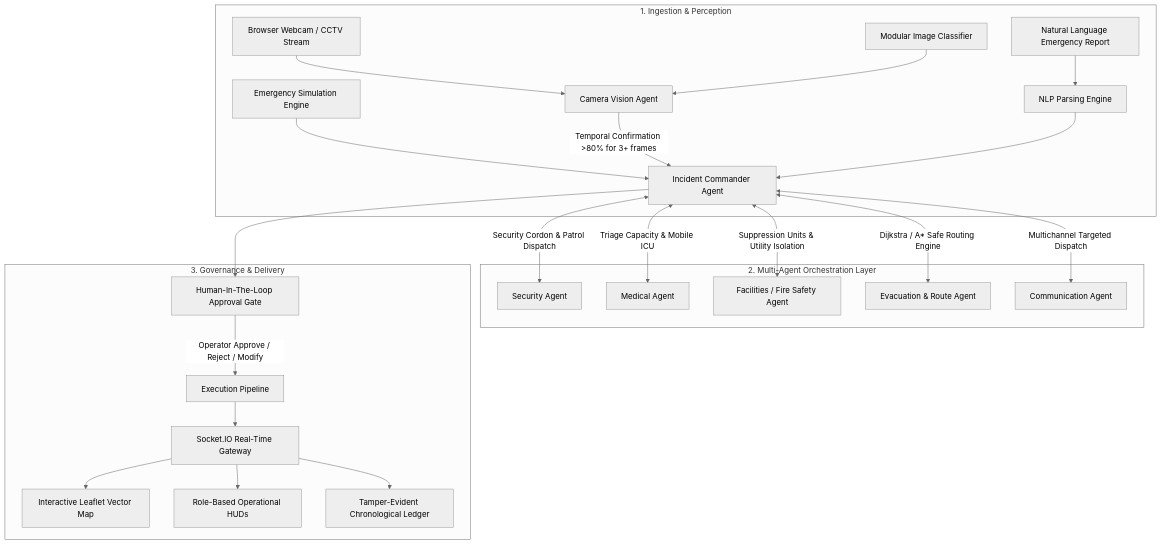
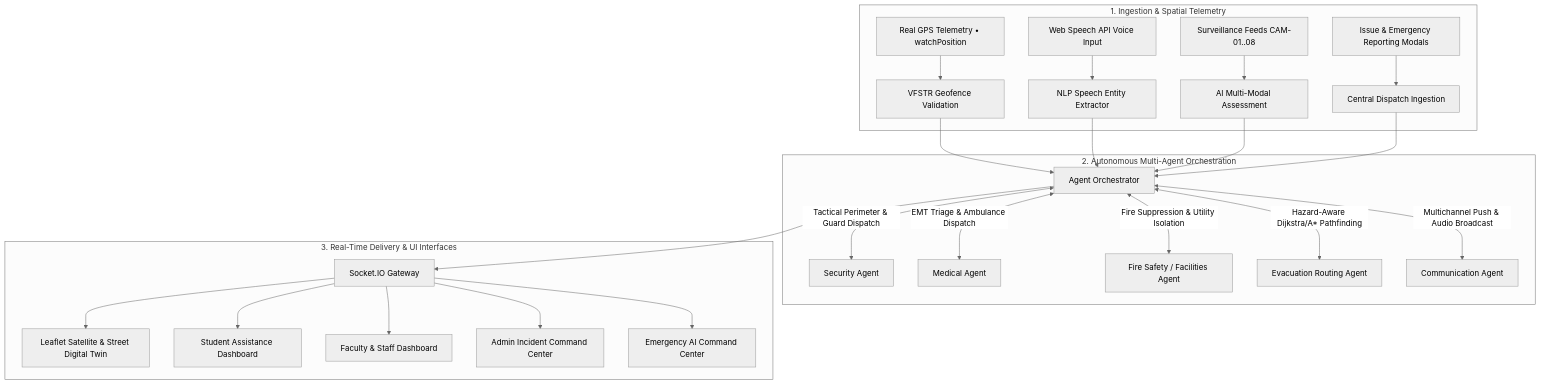
The diagram in README.md (Nikhitha118/Agent_Nexus), drawn with Mermaid (neutral theme) before and after one commit. The commit also changed other lines of this file, not shown here.

Commit message:
docs: update README with comprehensive documentation for VFSTR Vignan University GPS, geofence, and multi-agent system

````diff
--- a/README.md
+++ b/README.md
@@ -19,29 +51,31 @@
 ```mermaid
 graph TD
-    subgraph 1. Ingestion & Perception
-        WC[Browser Webcam / CCTV Stream] --> VA[Camera Vision Agent]
-        NLP[Natural Language Emergency Report] --> NLP_ENG[NLP Parsing Engine]
-        SIM[Emergency Simulation Engine] --> IC[Incident Commander Agent]
-        IMG[Modular Image Classifier] --> VA
+    subgraph 1. Ingestion & Spatial Telemetry
+        GPS[Real GPS Telemetry • watchPosition] --> GEO[VFSTR Geofence Validation]
+        MIC[Web Speech API Voice Input] --> NLP[NLP Speech Entity Extractor]
+        CAM[Surveillance Feeds CAM-01..08] --> AI_ENG[AI Multi-Modal Assessment]
+        FORM[Issue & Emergency Reporting Modals] --> DISPATCH[Central Dispatch Ingestion]
     end
 
-    subgraph 2. Multi-Agent Orchestration Layer
-        VA --> |Temporal Confirmation >80% for 3+ frames| IC
-        NLP_ENG --> IC
-        
-        IC <--> |Security Cordon & Patrol Dispatch| SA[Security Agent]
-        IC <--> |Triage Capacity & Mobile ICU| MA[Medical Agent]
-        IC <--> |Suppression Units & Utility Isolation| FA[Facilities / Fire Safety Agent]
-        IC <--> |Dijkstra / A* Safe Routing Engine| RA[Evacuation & Route Agent]
-        IC <--> |Multichannel Targeted Dispatch| CA[Communication Agent]
+    subgraph 2. Autonomous Multi-Agent Orchestration
+        GEO --> ORCH[Agent Orchestrator]
+        NLP --> ORCH
+        AI_ENG --> ORCH
+        DISPATCH --> ORCH
+
+        ORCH <--> |Tactical Perimeter & Guard Dispatch| SA[Security Agent]
+        ORCH <--> |EMT Triage & Ambulance Dispatch| MA[Medical Agent]
+        ORCH <--> |Fire Suppression & Utility Isolation| FA[Fire Safety / Facilities Agent]
+        ORCH <--> |Hazard-Aware Dijkstra/A* Pathfinding| RA[Evacuation Routing Agent]
+        ORCH <--> |Multichannel Push & Audio Broadcast| CA[Communication Agent]
     end
 
-    subgraph 3. Governance & Delivery
-        IC --> HITL[Human-In-The-Loop Approval Gate]
-        HITL --> |Operator Approve / Reject / Modify| EXEC[Execution Pipeline]
-        EXEC --> SIO[Socket.IO Real-Time Gateway]
-        SIO --> MAP[Interactive Leaflet Vector Map]
-        SIO --> HUD[Role-Based Operational HUDs]
-        SIO --> AUDIT[Tamper-Evident Chronological Ledger]
+    subgraph 3. Real-Time Delivery & UI Interfaces
+        ORCH --> SIO[Socket.IO Gateway]
+        SIO --> MAP[Leaflet Satellite & Street Digital Twin]
+        SIO --> DASH_STU[Student Assistance Dashboard]
+        SIO --> DASH_FAC[Faculty & Staff Dashboard]
+        SIO --> DASH_ADM[Admin Incident Command Center]
+        SIO --> DASH_EMG[Emergency AI Command Center]
     end
 ```
````
